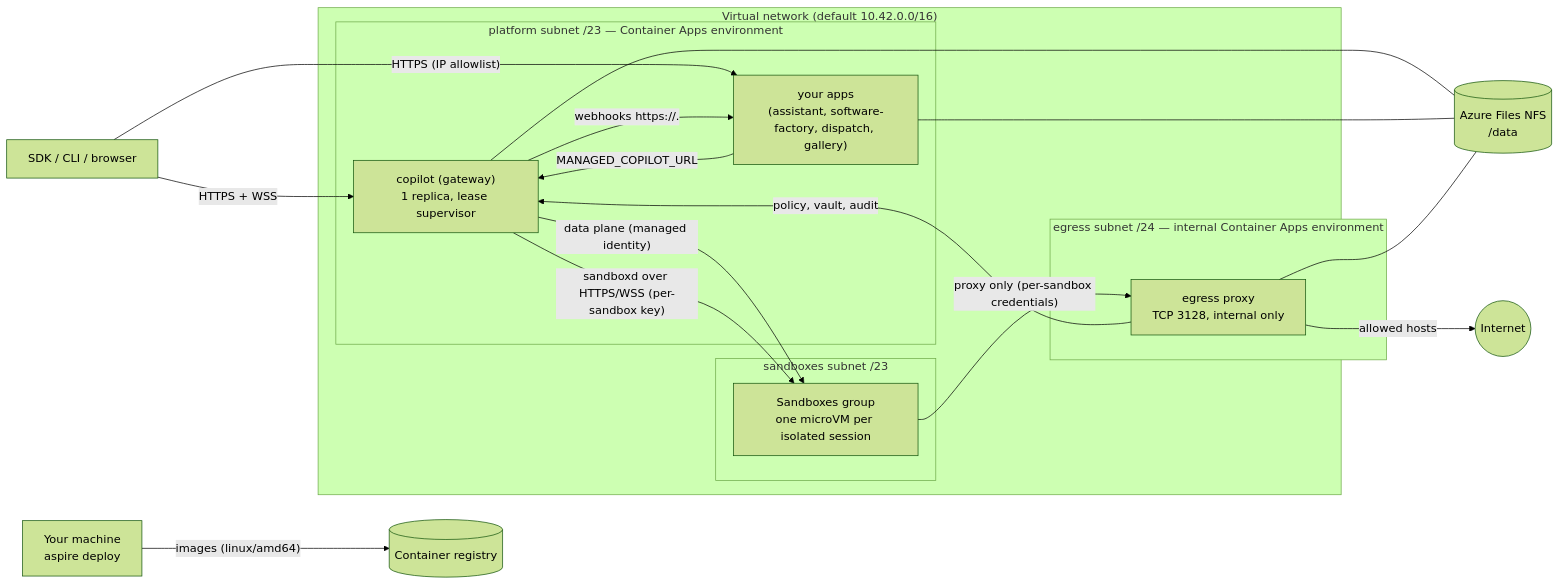
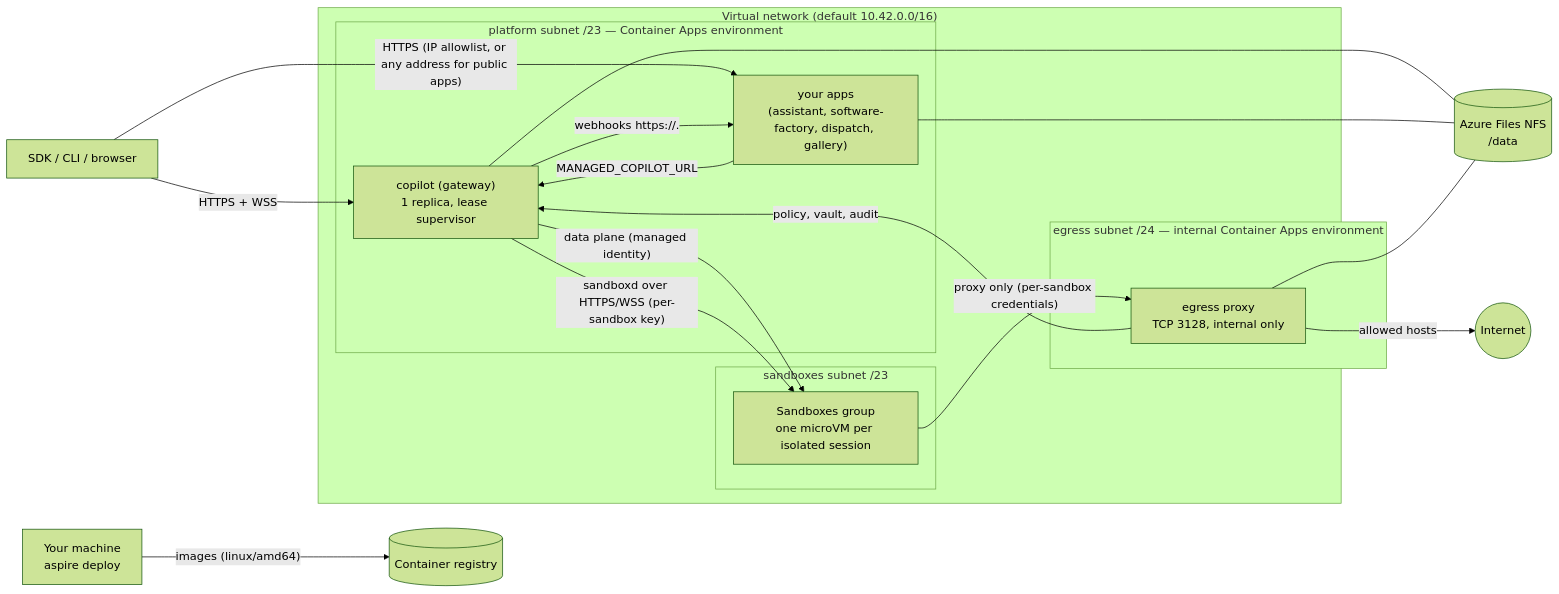
One commit to patniko/managed-copilot-sdk changed the diagram in docs/deployment.md. Above: the diagram before and after it, drawn with Mermaid (forest theme). The commit also changed other lines of this file and 13 other files, not shown here.

First line of the commit message:
docs, qualify: public apps on Azure, verified

````diff
--- a/docs/deployment.md
+++ b/docs/deployment.md
@@ -28,30 +28,30 @@
 ```mermaid
 flowchart LR
   Dev["Your machine<br/>aspire deploy"] -- "images (linux/amd64)" --> ACR[(Container registry)]
   subgraph VNet["Virtual network (default 10.42.0.0/16)"]
     subgraph Platform["platform subnet /23 — Container Apps environment"]
       GW["copilot (gateway)<br/>1 replica, lease supervisor"]
       Apps["your apps<br/>(assistant, software-factory, dispatch, gallery)"]
     end
     subgraph EgressNet["egress subnet /24 — internal Container Apps environment"]
       EP["egress proxy<br/>TCP 3128, internal only"]
     end
     subgraph SbxNet["sandboxes subnet /23"]
       SG["Sandboxes group<br/>one microVM per isolated session"]
     end
   end
   NFS[("Azure Files NFS<br/>/data")]
   Net((Internet))
   Client["SDK / CLI / browser"] -- "HTTPS + WSS" --> GW
-  Client -- "HTTPS (IP allowlist)" --> Apps
+  Client -- "HTTPS (IP allowlist, or any address for public apps)" --> Apps
   Apps -- "MANAGED_COPILOT_URL" --> GW
   GW -- "webhooks https://<app>.<domain>" --> Apps
   GW -- "data plane (managed identity)" --> SG
   GW -- "sandboxd over HTTPS/WSS (per-sandbox key)" --> SG
   SG -- "proxy only (per-sandbox credentials)" --> EP
   EP -- "policy, vault, audit" --> GW
   EP -- "allowed hosts" --> Net
   GW --- NFS
   Apps --- NFS
   EP --- NFS
 ```
````
